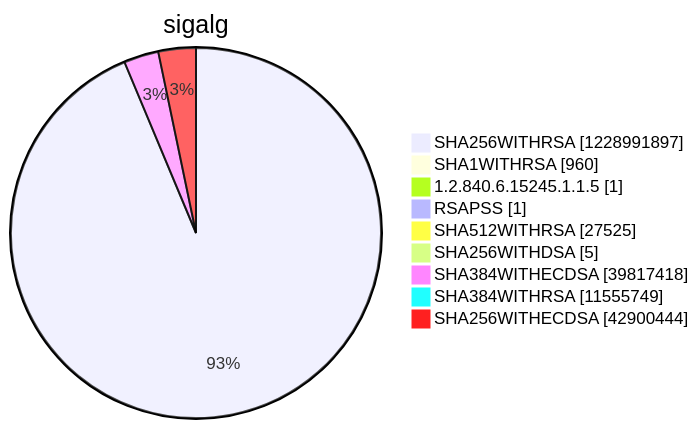
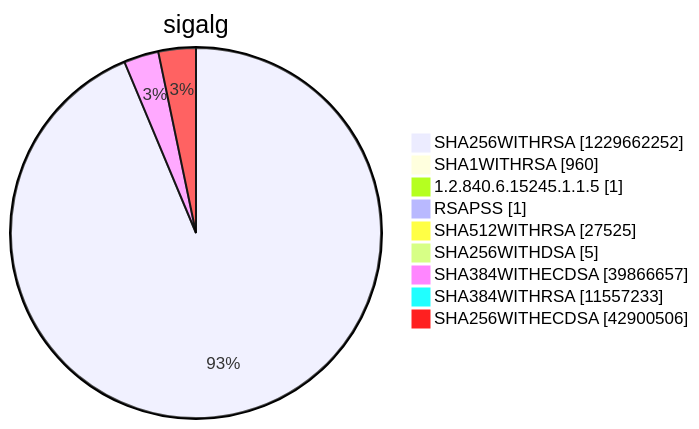
Before and after one commit to christiankrug/ctmonitor_visualization: diagram 15 of 15 in argon2022/README.md, drawn with Mermaid. The commit also changed other lines of this file, not shown here.

````diff
--- a/argon2022/README.md
+++ b/argon2022/README.md
@@ -5522,13 +5522,13 @@
 ```mermaid
 pie showData
 title sigalg
-"SHA256WITHRSA" :1228991897
+"SHA256WITHRSA" :1229662252
 "SHA1WITHRSA" :960
 "1.2.840.6.15245.1.1.5" :1
 "RSAPSS" :1
 "SHA512WITHRSA" :27525
 "SHA256WITHDSA" :5
-"SHA384WITHECDSA" :39817418
-"SHA384WITHRSA" :11555749
-"SHA256WITHECDSA" :42900444
+"SHA384WITHECDSA" :39866657
+"SHA384WITHRSA" :11557233
+"SHA256WITHECDSA" :42900506
 ```
````
